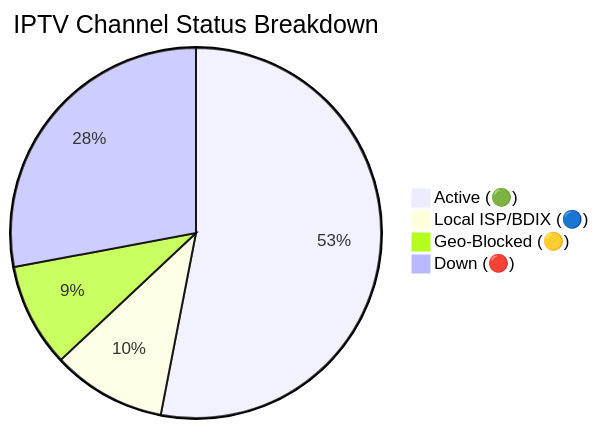
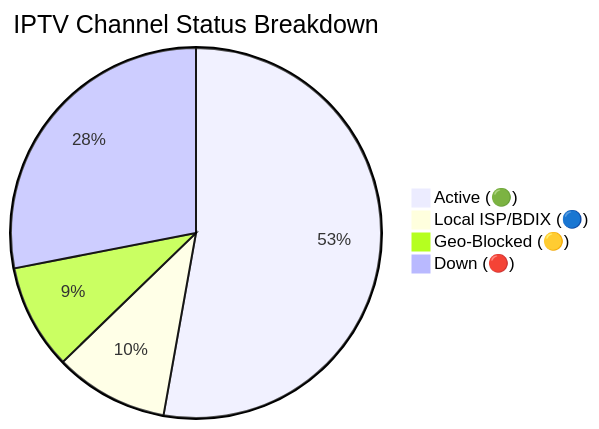
One commit to f6388600-ai/Web changed the diagram in README.md. Above: the diagram before and after it, drawn with Mermaid. The commit also changed other lines of this file and 6 other files, not shown here.

````diff
--- a/README.md
+++ b/README.md
@@ -149,7 +149,7 @@
 ```mermaid
 pie title IPTV Channel Status Breakdown
-    "Active (🟢)" : 9152
-    "Local ISP/BDIX (🔵)" : 1717
-    "Geo-Blocked (🟡)" : 1562
-    "Down (🔴)" : 4821
+    "Active (🟢)" : 9101
+    "Local ISP/BDIX (🔵)" : 1715
+    "Geo-Blocked (🟡)" : 1582
+    "Down (🔴)" : 4836
 ```
````
